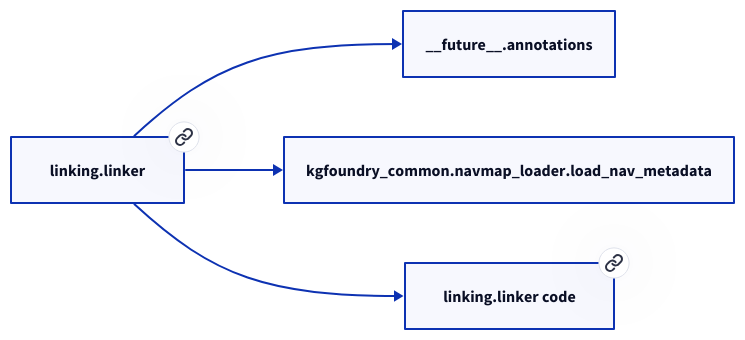
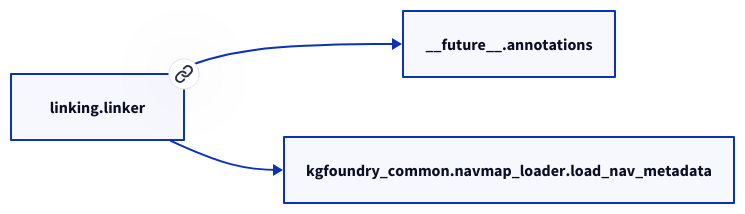
Before and after one commit to paul-heyse/kgforge: the second of 2 diagrams in docs/modules/linking/linker.md, drawn with D2. The commit also changed other lines of this file and 118 other files, not shown here.

````diff
--- a/docs/modules/linking/linker.md
+++ b/docs/modules/linking/linker.md
@@ -34,10 +32,8 @@
 ```d2
 direction: right
-"linking.linker": "linking.linker" { link: "./linking/linker.md" }
+"linking.linker": "linking.linker" { link: "linker.md" }
 "__future__.annotations": "__future__.annotations"
 "linking.linker" -> "__future__.annotations"
 "kgfoundry_common.navmap_loader.load_nav_metadata": "kgfoundry_common.navmap_loader.load_nav_metadata"
 "linking.linker" -> "kgfoundry_common.navmap_loader.load_nav_metadata"
-"linking.linker_code": "linking.linker code" { link: "https://github.com/kgfoundry/kgfoundry/blob/main/src/linking/linker.py" }
-"linking.linker" -> "linking.linker_code" { style: dashed }
 ```
````
